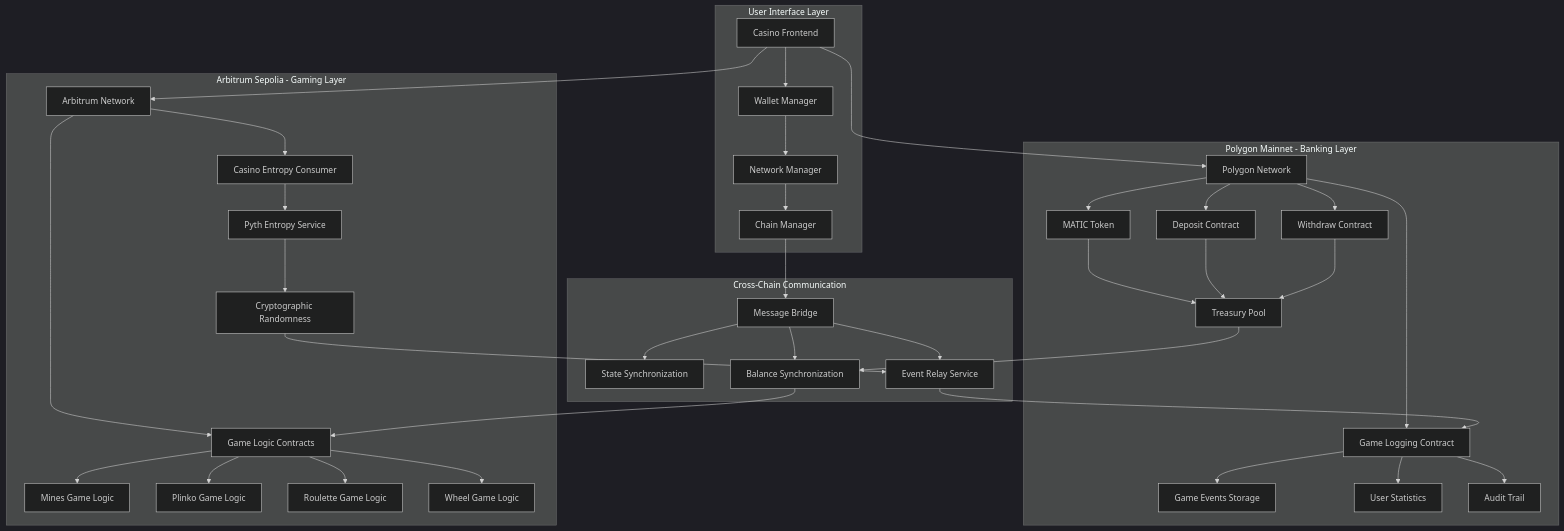
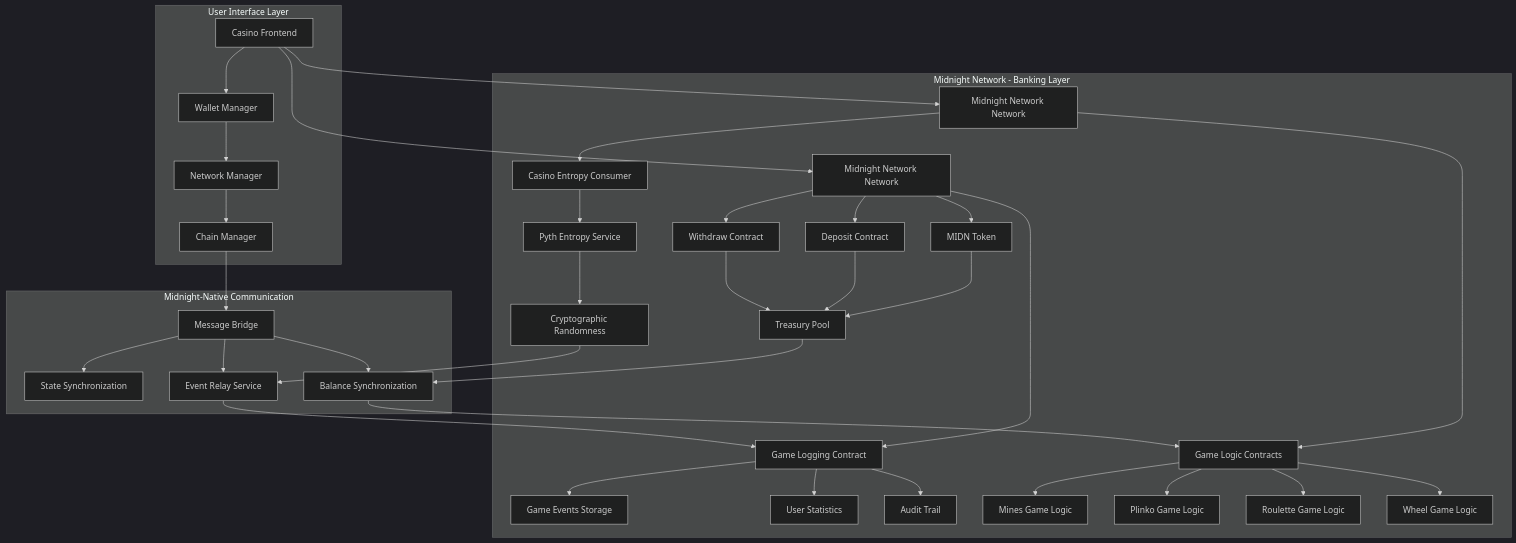
Diagram 21 of 23 in MERMAID_DIAGRAMS.md (AmaanSayyad/Midnight-Casino), drawn with Mermaid (dark theme) before and after one commit. The commit also changed other lines of this file and 2 other files, not shown here.

Commit message:
rebrand(midnight): establish baseline identity and theme scaffolding

````diff
--- a/MERMAID_DIAGRAMS.md
+++ b/MERMAID_DIAGRAMS.md
@@ -749,52 +749,52 @@
 ```mermaid
 graph TB
     subgraph UserInterface["User Interface Layer"]
         UI[Casino Frontend] --> WM[Wallet Manager]
         WM --> NM[Network Manager]
         NM --> CM[Chain Manager]
     end
     
-    subgraph PolygonChain["Polygon Mainnet - Banking Layer"]
-        POL_NET[Polygon Network] --> MATIC_TOKEN[MATIC Token]
+    subgraph Midnight NetworkChain["Midnight Network - Banking Layer"]
+        POL_NET[Midnight Network Network] --> MIDN_TOKEN[MIDN Token]
         POL_NET --> DEPOSIT_CONTRACT[Deposit Contract]
         POL_NET --> WITHDRAW_CONTRACT[Withdraw Contract]
         POL_NET --> LOGGING_CONTRACT[Game Logging Contract]
         
-        MATIC_TOKEN --> TREASURY[Treasury Pool]
+        MIDN_TOKEN --> TREASURY[Treasury Pool]
         DEPOSIT_CONTRACT --> TREASURY
         WITHDRAW_CONTRACT --> TREASURY
         
         LOGGING_CONTRACT --> GAME_EVENTS[Game Events Storage]
         LOGGING_CONTRACT --> USER_STATS[User Statistics]
         LOGGING_CONTRACT --> AUDIT_TRAIL[Audit Trail]
     end
     
-    subgraph ArbitrumChain["Arbitrum Sepolia - Gaming Layer"]
-        ARB_NET[Arbitrum Network] --> ENTROPY_CONTRACT[Casino Entropy Consumer]
+    subgraph Midnight NetworkChain["Midnight Network - Gaming Layer"]
+        ARB_NET[Midnight Network Network] --> ENTROPY_CONTRACT[Casino Entropy Consumer]
         ARB_NET --> GAME_CONTRACTS[Game Logic Contracts]
         
         ENTROPY_CONTRACT --> PYTH_ENTROPY[Pyth Entropy Service]
         PYTH_ENTROPY --> RANDOM_GENERATION[Cryptographic Randomness]
         
         GAME_CONTRACTS --> MINES_GAME[Mines Game Logic]
         GAME_CONTRACTS --> PLINKO_GAME[Plinko Game Logic]
         GAME_CONTRACTS --> ROULETTE_GAME[Roulette Game Logic]
         GAME_CONTRACTS --> WHEEL_GAME[Wheel Game Logic]
     end
     
-    subgraph CrossChainBridge["Cross-Chain Communication"]
+    subgraph CrossChainBridge["Midnight-Native Communication"]
         BRIDGE[Message Bridge] --> STATE_SYNC[State Synchronization]
         BRIDGE --> EVENT_RELAY[Event Relay Service]
         BRIDGE --> BALANCE_SYNC[Balance Synchronization]
     end
     
     UI --> POL_NET
     UI --> ARB_NET
     CM --> BRIDGE
     
     RANDOM_GENERATION --> EVENT_RELAY
     EVENT_RELAY --> LOGGING_CONTRACT
     
     TREASURY --> BALANCE_SYNC
     BALANCE_SYNC --> GAME_CONTRACTS
 ```
````
